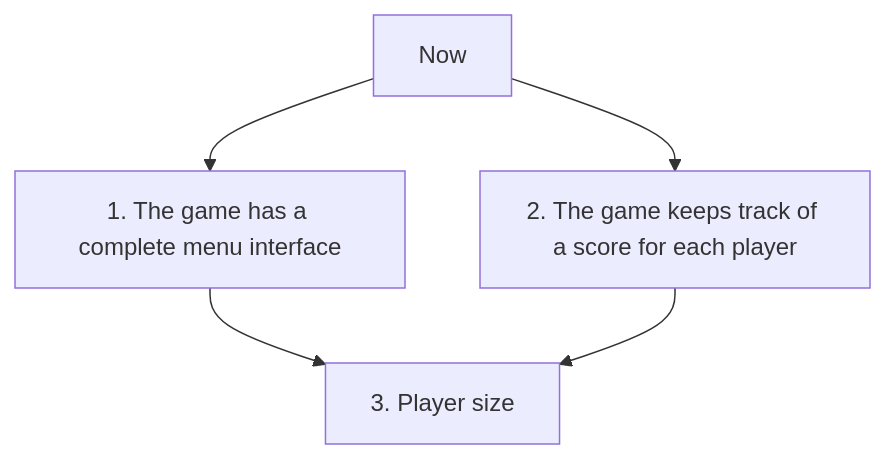
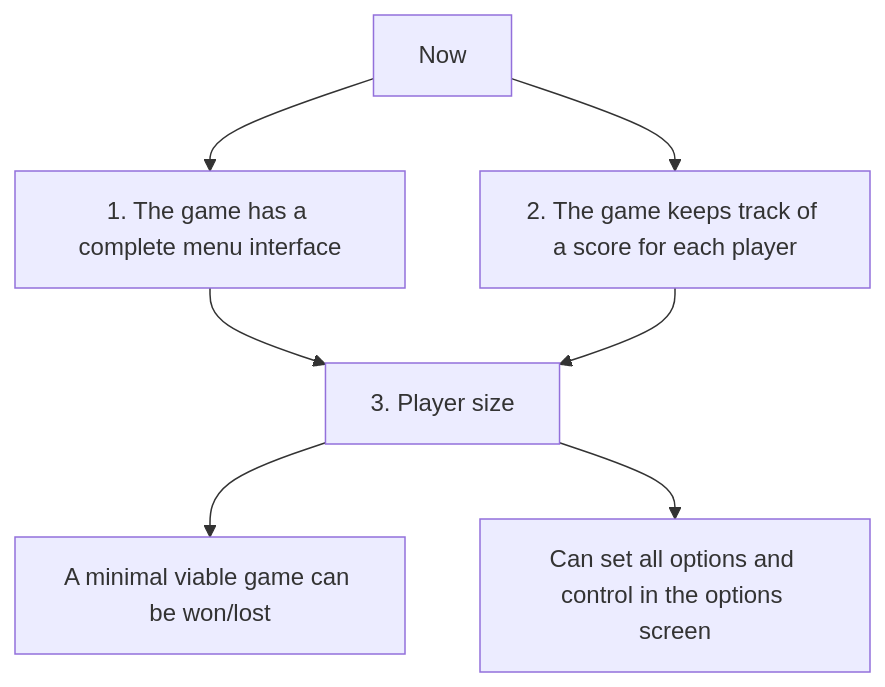
Before and after one commit to tresinformal/drakkar: the diagram in doc/roadmap.md, drawn with Mermaid.

Commit message:
Add future suggestion from roadmap, progress #574

````diff
--- a/doc/roadmap.md
+++ b/doc/roadmap.md
@@ -3,7 +3,9 @@
 ```mermaid
 graph TD;
     Now-->1[1. The game has a complete menu interface];
     Now-->2[2. The game keeps track of a score for each player]
     1-->3[3. Player size]
     2-->3
+    3-->4[A minimal viable game can be won/lost]
+    3-->5[Can set all options and control in the options screen]
 ```
````
